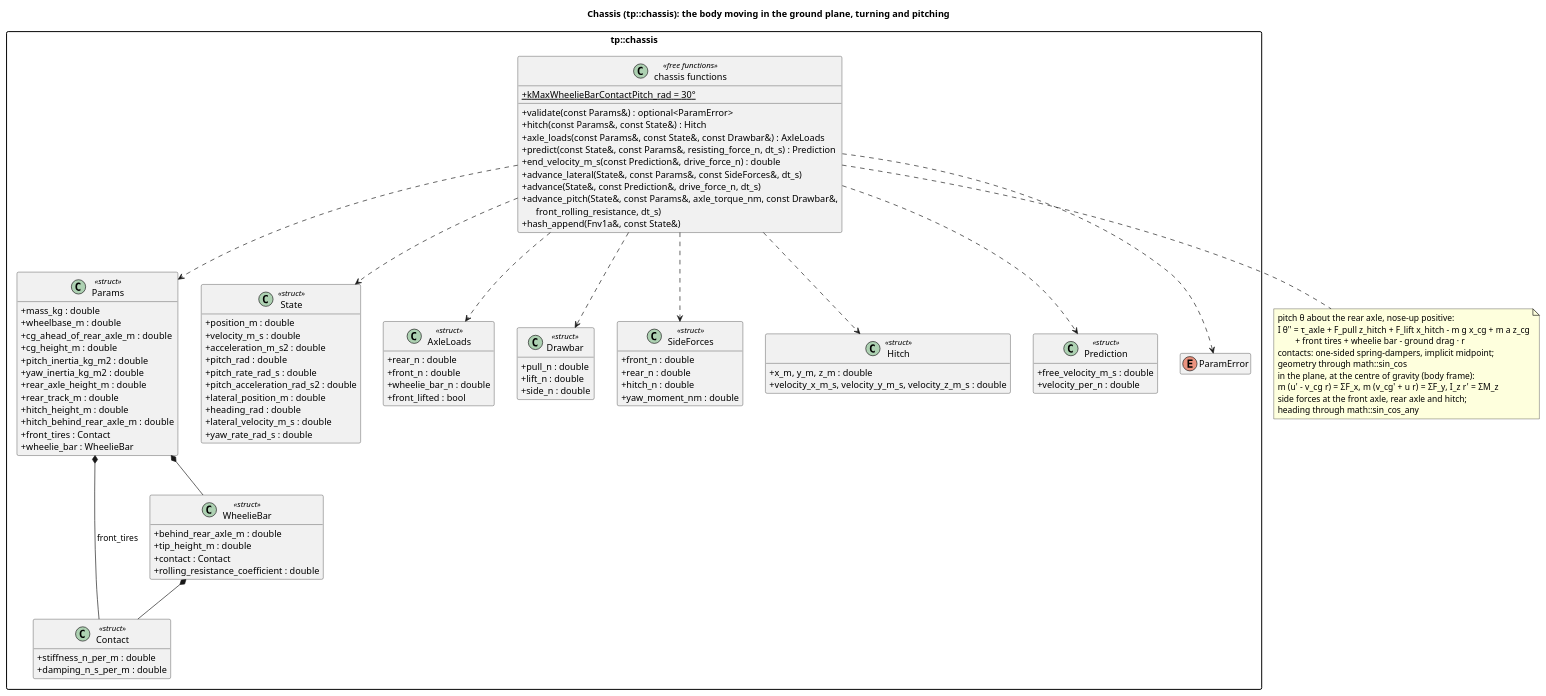
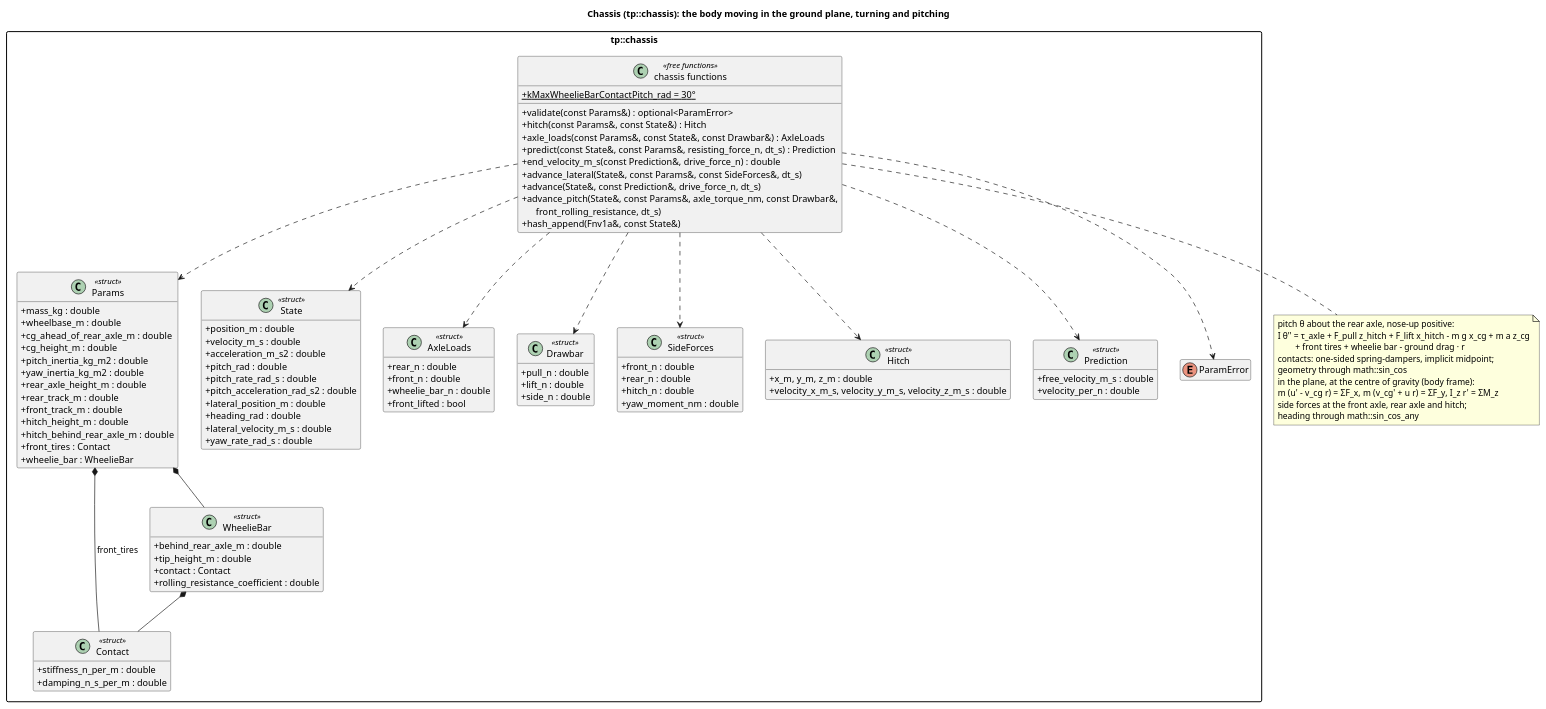
The diagram in docs/diagrams/chassis_classes.puml (wversteeg/TractorPulling), drawn with PlantUML before and after one commit. The commit also changed 51 other files, not shown here.

```diff
--- a/docs/diagrams/chassis_classes.puml
+++ b/docs/diagrams/chassis_classes.puml
@@ -1,105 +1,106 @@
 @startuml chassis_classes
 title Chassis (tp::chassis): the body moving in the ground plane, turning and pitching
 hide empty members
 skinparam packageStyle rectangle
 skinparam classAttributeIconSize 0
 
 package "tp::chassis" {
   class Params <<struct>> {
     +mass_kg : double
     +wheelbase_m : double
     +cg_ahead_of_rear_axle_m : double
     +cg_height_m : double
     +pitch_inertia_kg_m2 : double
     +yaw_inertia_kg_m2 : double
     +rear_axle_height_m : double
     +rear_track_m : double
+    +front_track_m : double
     +hitch_height_m : double
     +hitch_behind_rear_axle_m : double
     +front_tires : Contact
     +wheelie_bar : WheelieBar
   }
   class Contact <<struct>> {
     +stiffness_n_per_m : double
     +damping_n_s_per_m : double
   }
   class WheelieBar <<struct>> {
     +behind_rear_axle_m : double
     +tip_height_m : double
     +contact : Contact
     +rolling_resistance_coefficient : double
   }
   class State <<struct>> {
     +position_m : double
     +velocity_m_s : double
     +acceleration_m_s2 : double
     +pitch_rad : double
     +pitch_rate_rad_s : double
     +pitch_acceleration_rad_s2 : double
     +lateral_position_m : double
     +heading_rad : double
     +lateral_velocity_m_s : double
     +yaw_rate_rad_s : double
   }
   class AxleLoads <<struct>> {
     +rear_n : double
     +front_n : double
     +wheelie_bar_n : double
     +front_lifted : bool
   }
   class Drawbar <<struct>> {
     +pull_n : double
     +lift_n : double
     +side_n : double
   }
   class SideForces <<struct>> {
     +front_n : double
     +rear_n : double
     +hitch_n : double
     +yaw_moment_nm : double
   }
   class Hitch <<struct>> {
     +x_m, y_m, z_m : double
     +velocity_x_m_s, velocity_y_m_s, velocity_z_m_s : double
   }
   class Prediction <<struct>> {
     +free_velocity_m_s : double
     +velocity_per_n : double
   }
   enum ParamError
   class "chassis functions" as ChassisFns <<free functions>> {
     +{static} kMaxWheelieBarContactPitch_rad = 30°
     +validate(const Params&) : optional<ParamError>
     +hitch(const Params&, const State&) : Hitch
     +axle_loads(const Params&, const State&, const Drawbar&) : AxleLoads
     +predict(const State&, const Params&, resisting_force_n, dt_s) : Prediction
     +end_velocity_m_s(const Prediction&, drive_force_n) : double
     +advance_lateral(State&, const Params&, const SideForces&, dt_s)
     +advance(State&, const Prediction&, drive_force_n, dt_s)
     +advance_pitch(State&, const Params&, axle_torque_nm, const Drawbar&,\n      front_rolling_resistance, dt_s)
     +hash_append(Fnv1a&, const State&)
   }
   Params *-- Contact : front_tires
   Params *-- WheelieBar
   WheelieBar *-- Contact
   ChassisFns ..> Params
   ChassisFns ..> State
   ChassisFns ..> AxleLoads
   ChassisFns ..> Prediction
   ChassisFns ..> Drawbar
   ChassisFns ..> Hitch
   ChassisFns ..> SideForces
   ChassisFns ..> ParamError
 }
 note bottom of ChassisFns
   pitch θ about the rear axle, nose-up positive:
   I θ'' = τ_axle + F_pull z_hitch + F_lift x_hitch - m g x_cg + m a z_cg
           + front tires + wheelie bar - ground drag · r
   contacts: one-sided spring-dampers, implicit midpoint;
   geometry through math::sin_cos
   in the plane, at the centre of gravity (body frame):
   m (u' - v_cg r) = ΣF_x,  m (v_cg' + u r) = ΣF_y,  I_z r' = ΣM_z
   side forces at the front axle, rear axle and hitch;
   heading through math::sin_cos_any
 end note
 @enduml
```
